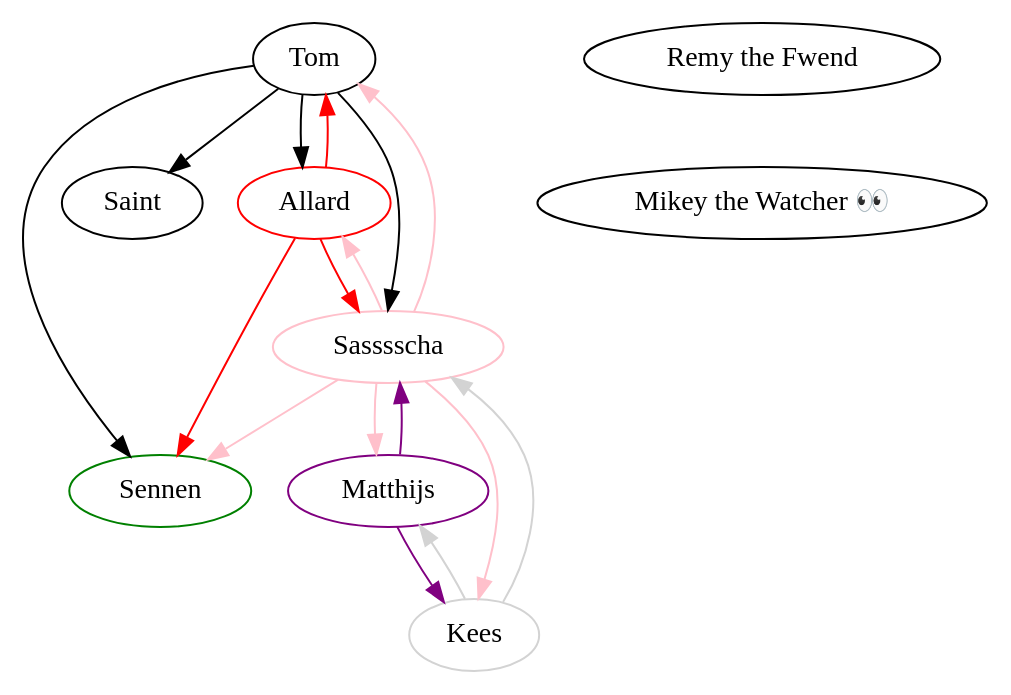
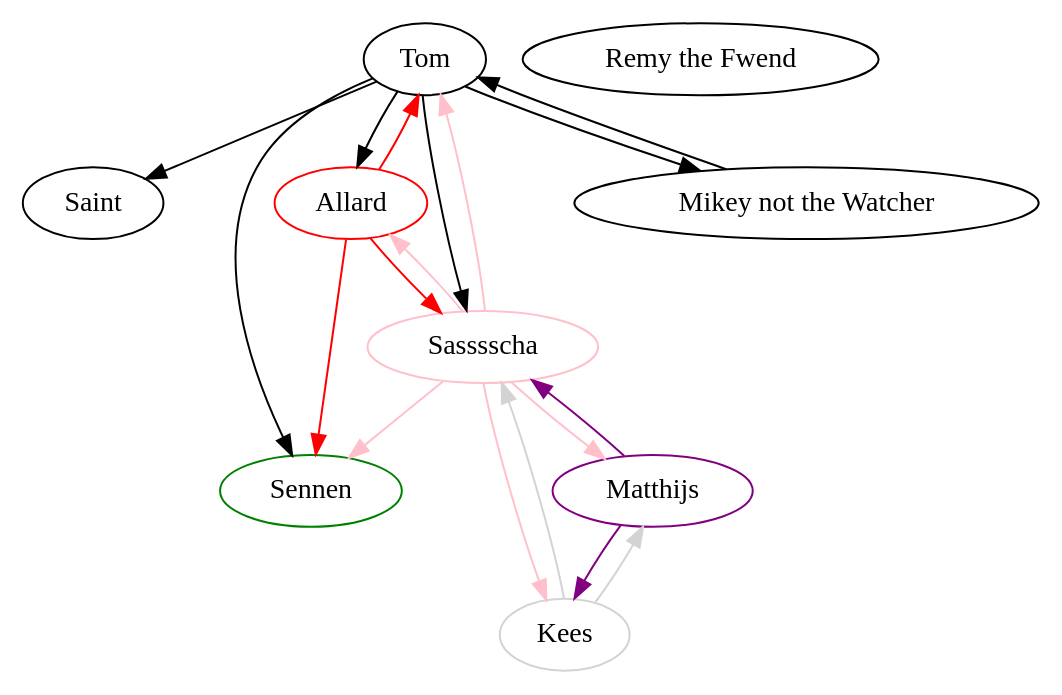
The diagram in graphs/ships.dot (Abyss-mal-Graphics/Graphs.dot), drawn with Graphviz before and after one commit.

Commit message:
feat: add Mikey <-> Tom

```diff
--- a/graphs/ships.dot
+++ b/graphs/ships.dot
@@ -1,50 +1,54 @@
 digraph {
     Saint;
 
     Remy [label="Remy the Fwend"];
-    Mikey [label="Mikey the Watcher 👀"];
-    Remy->Mikey [style="invis"];
 
     subgraph Allard {
         edge [color=red];
         Allard [color=red];
         Allard->Tom;
         Allard->Sas;
         Allard->Sennen;
     }
 
     subgraph Tom {
         edge [color=black]; // 🤷, does absolutely nothing
         Tom;
         Tom->Allard;
         Tom->Saint;
         Tom->Sennen;
         Tom->Sas;
+        Tom->Mikey
     }
 
     subgraph Sas {
         edge [color=pink];
         Sas [color=pink label="Sasssscha"];
         Sas->Allard;
         Sas->Tom;
         Sas->Sennen;
         Sas->Kees;
         Sas->Matthijs;
     }
 
     subgraph Kees {
         edge [color=lightgrey];
         Kees [color=lightgrey];
         Kees->Sas;
         Kees->Matthijs;
     }
 
     subgraph Matthijs {
         edge [color=purple];
         Matthijs [color=purple];
         Matthijs->Sas;
         Matthijs->Kees;
     }
+    
+    subgraph Mikey {
+        Mikey [label="Mikey not the Watcher"];
+        Mikey->Tom
+    }
 
     Sennen [color=green];
 }
```
